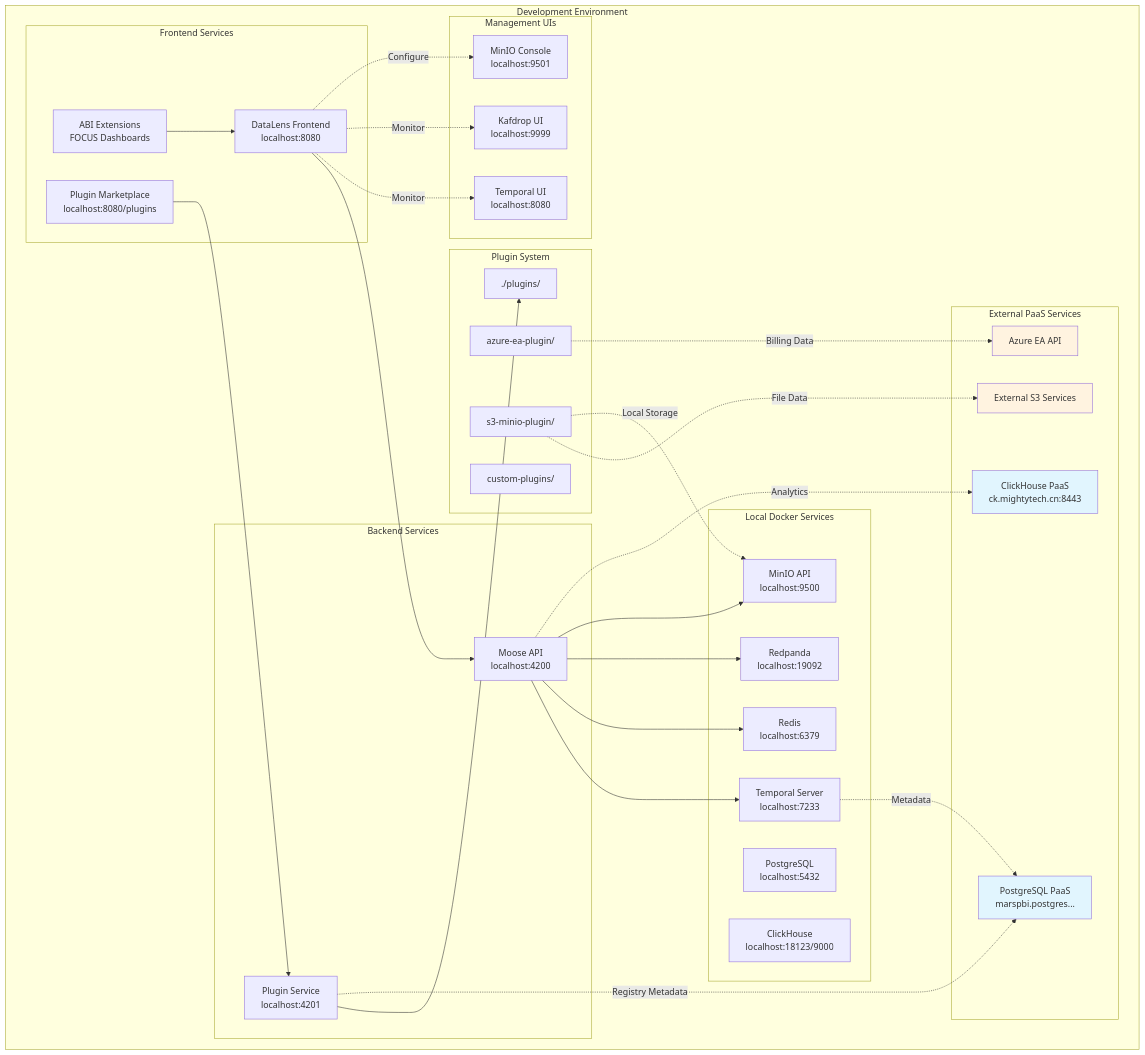
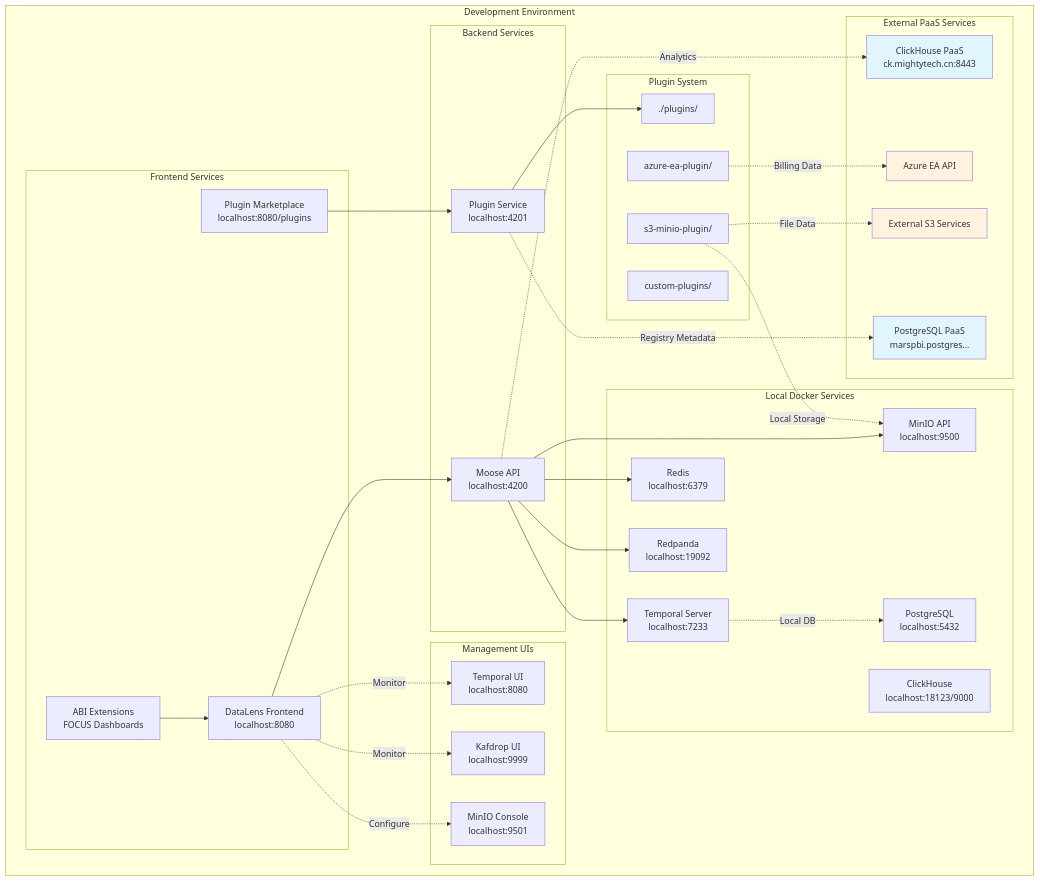
One commit to chris-han/area-code changed the second of 5 diagrams in .kiro/specs/azure-billing-intelligence/design.md. Above: the diagram before and after it, drawn with Mermaid. The commit also changed other lines of this file and 141 other files, not shown here.

````diff
--- a/.kiro/specs/azure-billing-intelligence/design.md
+++ b/.kiro/specs/azure-billing-intelligence/design.md
@@ -95,75 +95,75 @@
 ```mermaid
 graph TB
     subgraph "Development Environment"
         subgraph "Frontend Services"
             DATALENS_L[DataLens Frontend<br/>localhost:8080]
             ABI_EXT[ABI Extensions<br/>FOCUS Dashboards]
             PLUGIN_UI[Plugin Marketplace<br/>localhost:8080/plugins]
         end
         
         subgraph "Backend Services"
             MOOSE_L[Moose API<br/>localhost:4200]
             PLUGIN_SVC[Plugin Service<br/>localhost:4201]
         end
         
         subgraph "Local Docker Services"
             REDIS_L[Redis<br/>localhost:6379]
             REDPANDA_L[Redpanda<br/>localhost:19092]
             TEMPORAL_L[Temporal Server<br/>localhost:7233]
             POSTGRESQL_L[PostgreSQL<br/>localhost:5432]
             CLICKHOUSE_L[ClickHouse<br/>localhost:18123/9000]
             MINIO_L[MinIO API<br/>localhost:9500]
         end
         
         subgraph "Management UIs"
             TEMPORAL_UI[Temporal UI<br/>localhost:8080]
             KAFDROP_UI[Kafdrop UI<br/>localhost:9999]
             MINIO_UI_L[MinIO Console<br/>localhost:9501]
         end
         
         subgraph "Plugin System"
             PLUGIN_DIR[./plugins/]
             AZURE_P[azure-ea-plugin/]
             S3_P[s3-minio-plugin/]
             CUSTOM_P[custom-plugins/]
         end
         
         subgraph "External PaaS Services"
             CH_REMOTE[ClickHouse PaaS<br/>ck.mightytech.cn:8443]
             PG_REMOTE[PostgreSQL PaaS<br/>marspbi.postgres...]
             AZURE_API[Azure EA API]
             S3_REMOTE[External S3 Services]
 
         end
     end
     
     DATALENS_L --> MOOSE_L
     ABI_EXT --> DATALENS_L
     PLUGIN_UI --> PLUGIN_SVC
     
     PLUGIN_SVC --> PLUGIN_DIR
     
     MOOSE_L --> TEMPORAL_L
     MOOSE_L --> REDIS_L
     MOOSE_L --> REDPANDA_L
     MOOSE_L --> MINIO_L
     
     MOOSE_L -.->|Analytics| CH_REMOTE
-    TEMPORAL_L -.->|Metadata| PG_REMOTE
+    TEMPORAL_L -.->|Local DB| POSTGRESQL_L
     
     AZURE_P -.->|Billing Data| AZURE_API
     S3_P -.->|File Data| S3_REMOTE
     S3_P -.->|Local Storage| MINIO_L
     
     PLUGIN_SVC -.->|Registry Metadata| PG_REMOTE
     
     DATALENS_L -.->|Monitor| TEMPORAL_UI
     DATALENS_L -.->|Monitor| KAFDROP_UI
     DATALENS_L -.->|Configure| MINIO_UI_L
     
     style CH_REMOTE fill:#e1f5fe
     style PG_REMOTE fill:#e1f5fe
     style AZURE_API fill:#fff3e0
     style S3_REMOTE fill:#fff3e0
 
 ```
````
